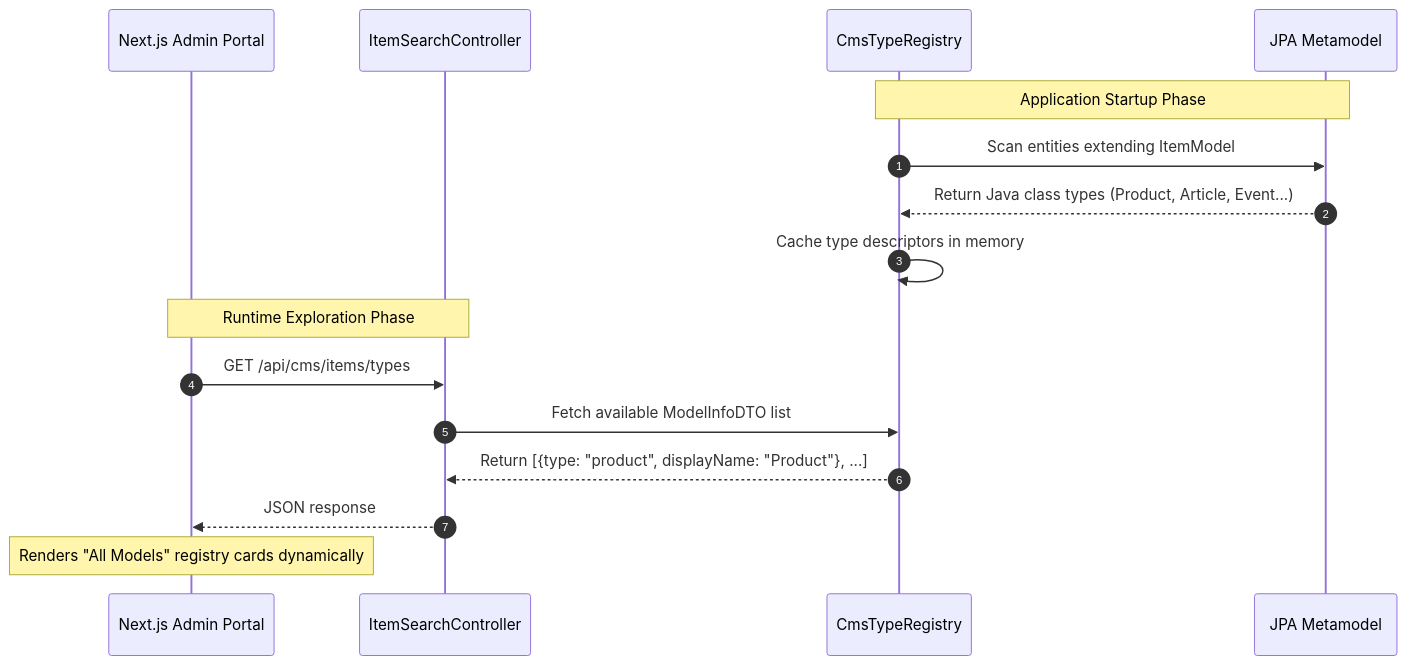
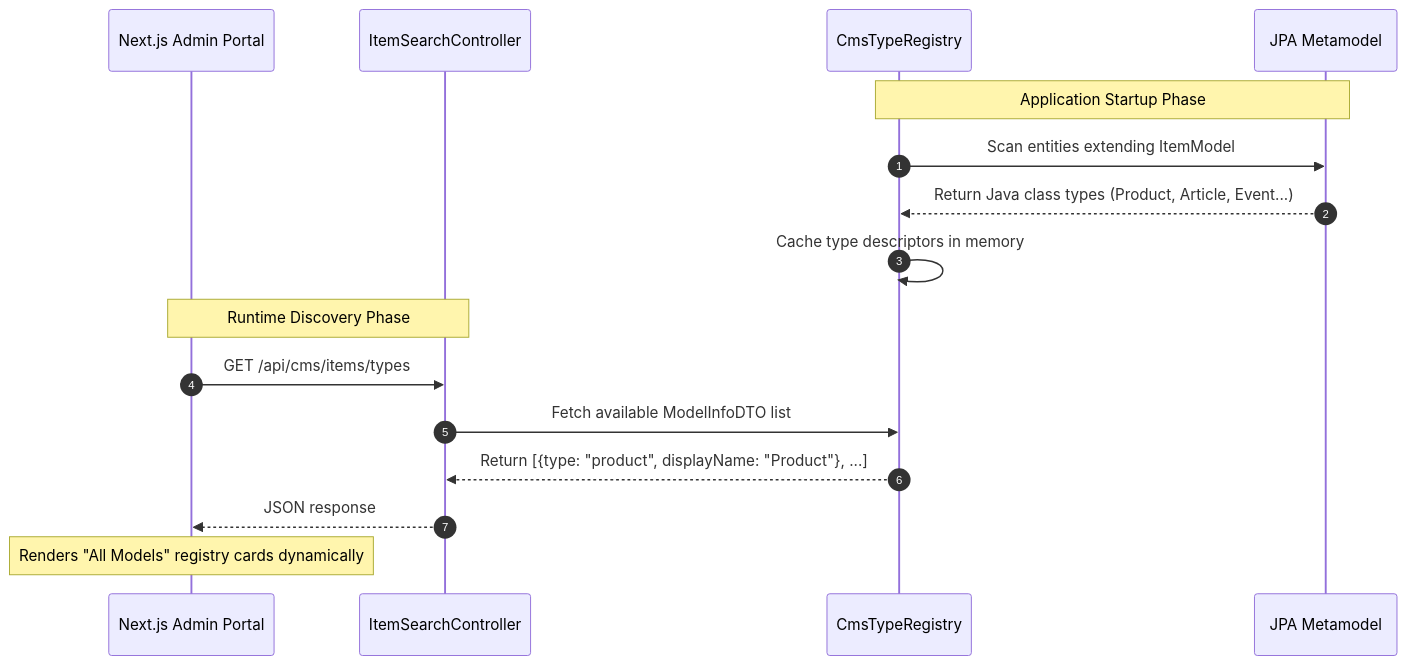
One commit to adiputera/adiputera.github.io changed the first of 2 diagrams in _articles/case-study-headless-cms-demo-part-3.md. Above: the diagram before and after it, drawn with Mermaid. The commit also changed other lines of this file and 6 other files, not shown here.

````diff
--- a/_articles/case-study-headless-cms-demo-part-3.md
+++ b/_articles/case-study-headless-cms-demo-part-3.md
@@ -50,20 +52,20 @@
 ```mermaid
 sequenceDiagram
     autonumber
     participant UI as Next.js Admin Portal
     participant API as ItemSearchController
     participant Reg as CmsTypeRegistry
     participant JPA as JPA Metamodel
 
     Note over Reg,JPA: Application Startup Phase
     Reg->>JPA: Scan entities extending ItemModel
     JPA-->>Reg: Return Java class types (Product, Article, Event...)
     Reg->>Reg: Cache type descriptors in memory
 
-    Note over UI,API: Runtime Exploration Phase
+    Note over UI,API: Runtime Discovery Phase
     UI->>API: GET /api/cms/items/types
     API->>Reg: Fetch available ModelInfoDTO list
     Reg-->>API: Return [{type: "product", displayName: "Product"}, ...]
     API-->>UI: JSON response
     Note over UI: Renders "All Models" registry cards dynamically
 ```
````
